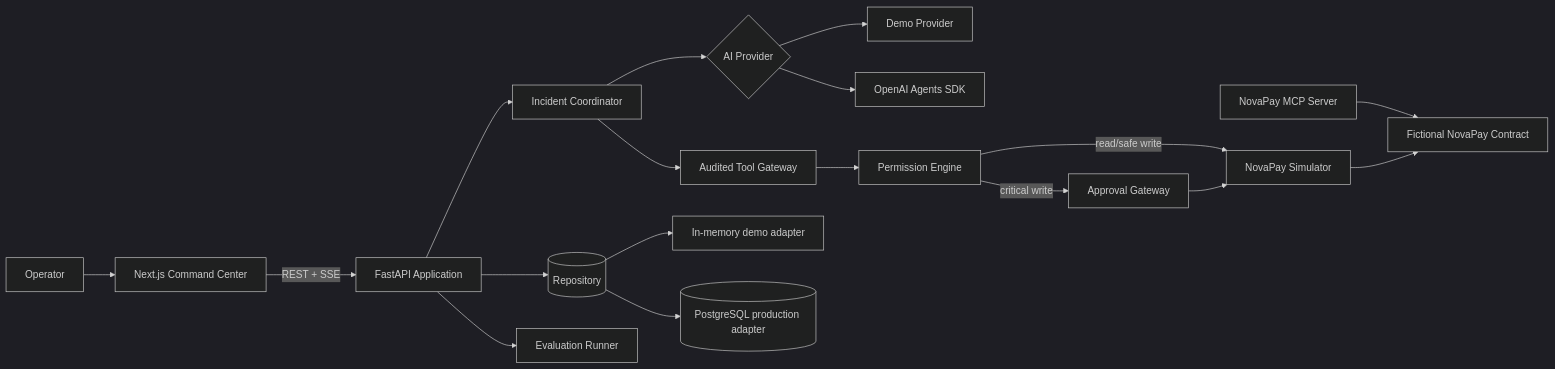
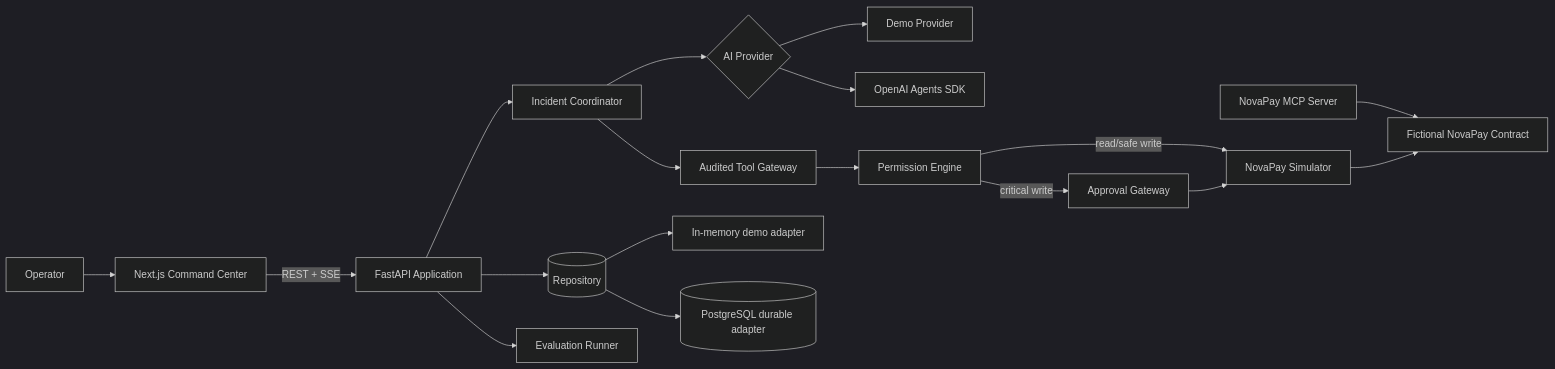
Before and after one commit to Lucas-Bonatto/resolve-ai: the first of 2 diagrams in docs/architecture.md, drawn with Mermaid (dark theme). The commit also changed other lines of this file and 12 other files, not shown here.

````diff
--- a/docs/architecture.md
+++ b/docs/architecture.md
@@ -5,20 +5,20 @@
 ```mermaid
 flowchart LR
     U[Operator] --> W[Next.js Command Center]
     W -->|REST + SSE| A[FastAPI Application]
     A --> C[Incident Coordinator]
     C --> P{AI Provider}
     P --> D[Demo Provider]
     P --> O[OpenAI Agents SDK]
     C --> T[Audited Tool Gateway]
     T --> E[Permission Engine]
     E -->|read/safe write| N[NovaPay Simulator]
     E -->|critical write| H[Approval Gateway]
     H --> N
     A --> R[(Repository)]
     R --> IM[In-memory demo adapter]
-    R --> PG[(PostgreSQL production adapter)]
+    R --> PG[(PostgreSQL durable adapter)]
     A --> V[Evaluation Runner]
     M[NovaPay MCP Server] --> F[Fictional NovaPay Contract]
     N --> F
 ```
````
